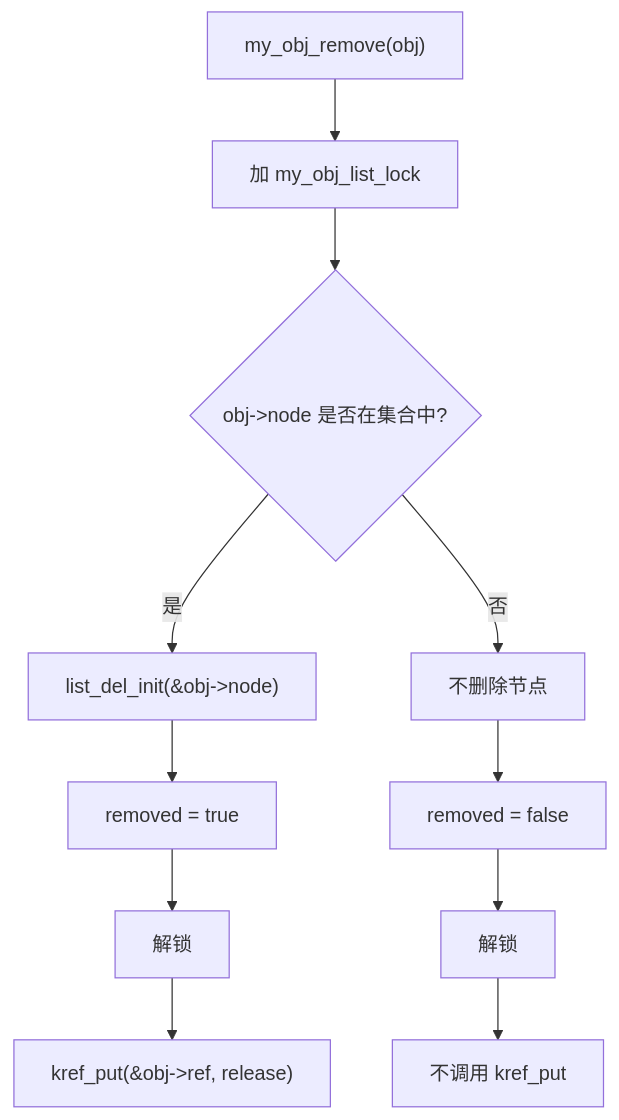
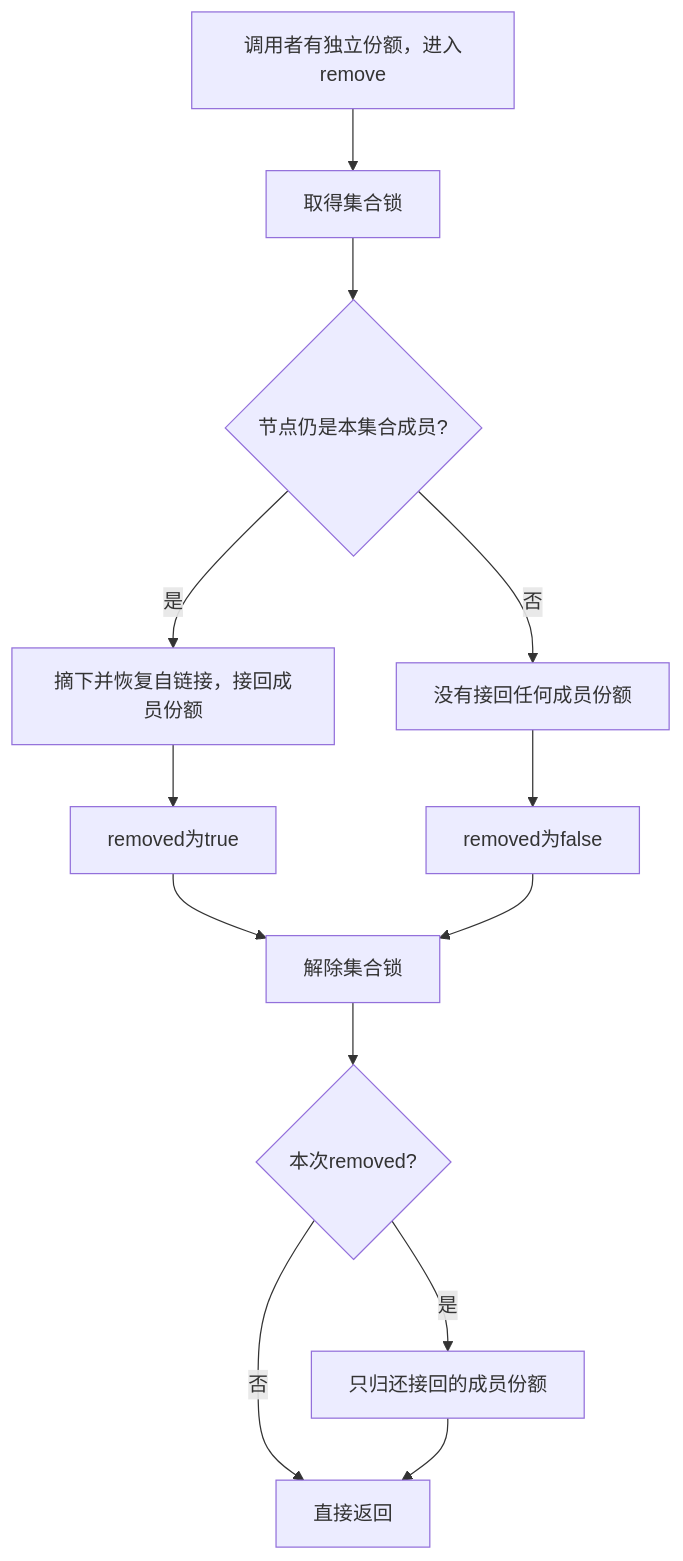
The third of 13 diagrams in knowledge/linux/object_lifetime/kref/P09_kref_与锁的组合.md (FormingSystem/linux_note), drawn with Mermaid before and after one commit. The commit also changed other lines of this file, not shown here.

First line of the commit message:
content(knowledge/kref): 澄清锁组合的成员份额与保护接续

````diff
--- a/knowledge/linux/object_lifetime/kref/P09_kref_与锁的组合.md
+++ b/knowledge/linux/object_lifetime/kref/P09_kref_与锁的组合.md
@@ -459,15 +387,15 @@
 ```mermaid
 flowchart TD
-    A["my_obj_remove(obj)"] --> B["加 my_obj_list_lock"]
-    B --> C{"obj->node 是否在集合中?"}
-
-    C -- "是" --> D["list_del_init(&obj->node)"]
-    D --> E["removed = true"]
-    E --> F["解锁"]
-    F --> G["kref_put(&obj->ref, release)"]
-
-    C -- "否" --> H["不删除节点"]
-    H --> I["removed = false"]
-    I --> J["解锁"]
-    J --> K["不调用 kref_put"]
+    A[调用者有独立份额，进入remove] --> B[取得集合锁]
+    B --> C{节点仍是本集合成员?}
+    C -- 是 --> D[摘下并恢复自链接，接回成员份额]
+    D --> E[removed为true]
+    C -- 否 --> F[没有接回任何成员份额]
+    F --> G[removed为false]
+    E --> H[解除集合锁]
+    G --> H
+    H --> I{本次removed?}
+    I -- 是 --> J[只归还接回的成员份额]
+    I -- 否 --> K[直接返回]
+    J --> K
 ```
````
